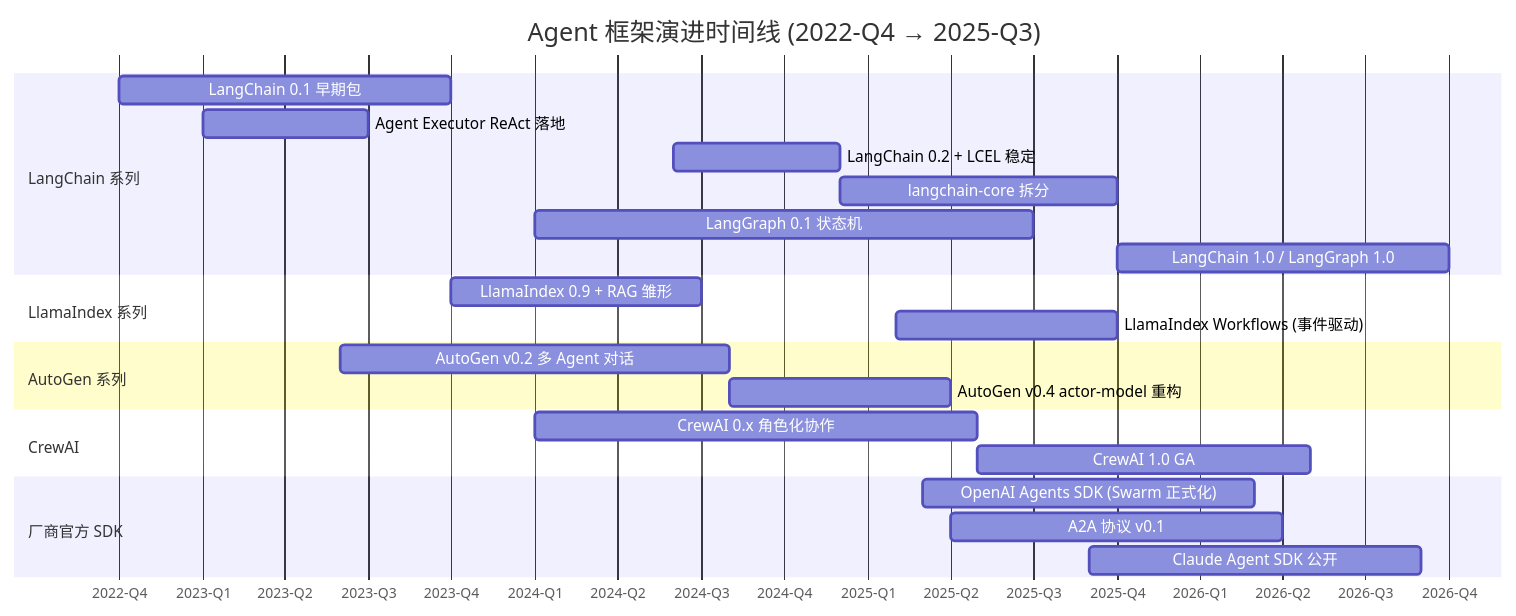
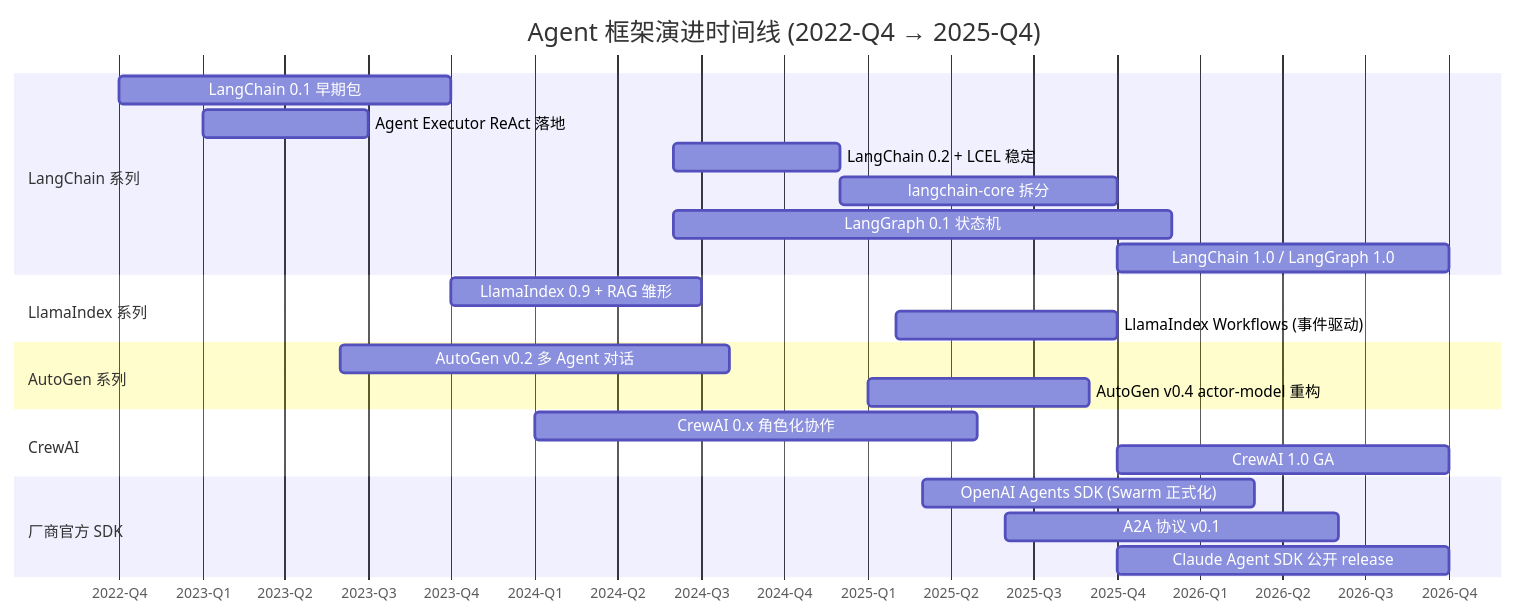
One commit to 1010943412-creator/agent-handbook changed the first of 2 diagrams in handbook/l4-framework/4.12-framework-timeline.md. Above: the diagram before and after it, drawn with Mermaid. The commit also changed other lines of this file, not shown here.

First line of the commit message:
fix(l4): 4.12 时间线 5 处日期偏差 + LangGraph 0.1.1 GA 校正

````diff
--- a/handbook/l4-framework/4.12-framework-timeline.md
+++ b/handbook/l4-framework/4.12-framework-timeline.md
@@ -29,26 +29,26 @@
 ```mermaid
 gantt
-    title Agent 框架演进时间线 (2022-Q4 → 2025-Q3)
+    title Agent 框架演进时间线 (2022-Q4 → 2025-Q4)
     dateFormat  YYYY-MM
     axisFormat  %Y-Q%q
     section LangChain 系列
     LangChain 0.1 早期包           :lc1, 2022-10, 12M
     Agent Executor ReAct 落地       :lc2, 2023-01, 6M
     LangChain 0.2 + LCEL 稳定       :lc3, 2024-06, 6M
     langchain-core 拆分             :lc4, 2024-12, 10M
-    LangGraph 0.1 状态机            :lg1, 2024-01, 18M
+    LangGraph 0.1 状态机            :lg1, 2024-06, 18M
     LangChain 1.0 / LangGraph 1.0   :lg2, 2025-10, 12M
     section LlamaIndex 系列
     LlamaIndex 0.9 + RAG 雏形      :li1, 2023-10, 9M
     LlamaIndex Workflows (事件驱动) :li2, 2025-02, 8M
     section AutoGen 系列
     AutoGen v0.2 多 Agent 对话      :ag1, 2023-06, 14M
-    AutoGen v0.4 actor-model 重构   :ag2, 2024-08, 8M
+    AutoGen v0.4 actor-model 重构   :ag2, 2025-01, 8M
     section CrewAI
     CrewAI 0.x 角色化协作           :cr1, 2024-01, 16M
-    CrewAI 1.0 GA                  :cr2, 2025-05, 12M
+    CrewAI 1.0 GA                  :cr2, 2025-10, 12M
     section 厂商官方 SDK
     OpenAI Agents SDK (Swarm 正式化) :oa1, 2025-03, 12M
-    A2A 协议 v0.1                   :a2a, 2025-04, 12M
-    Claude Agent SDK 公开           :ca1, 2025-09, 12M
+    A2A 协议 v0.1                   :a2a, 2025-06, 12M
+    Claude Agent SDK 公开 release   :ca1, 2025-10, 12M
 ```
````
